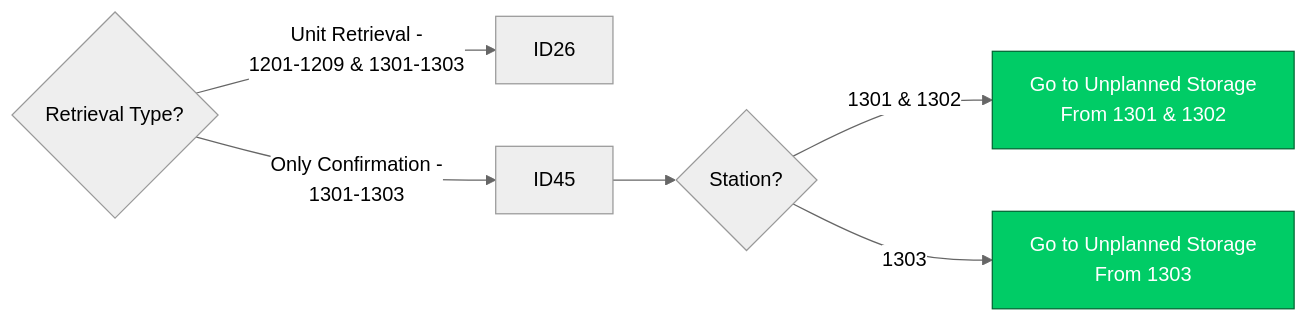
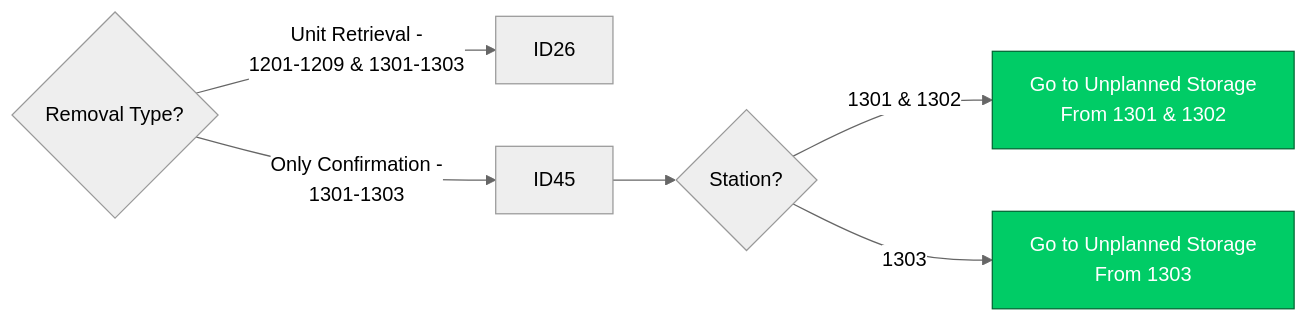
The fourth of 21 diagrams in Basic-Design/DFD-WMS/Retrieval/Specific-Location-Retrieval-Setting.md (luthfiadityaa/SimeDarby-Wiki), drawn with Mermaid (neutral theme) before and after one commit.

Commit message:
Updated Specific Location Retrieval Setting

```diff
--- a/Basic-Design/DFD-WMS/Retrieval/Specific-Location-Retrieval-Setting.md
+++ b/Basic-Design/DFD-WMS/Retrieval/Specific-Location-Retrieval-Setting.md
@@ -40,16 +40,16 @@
 ::: mermaid
 flowchart LR
 Cond2{Removal Type?}--> |Unit Retrieval - 
 1201-1209 & 1301-1303| P13[ID26]
-Cond2{Retrieval Type?}--> |Only Confirmation - 
+Cond2{Removal Type?}--> |Only Confirmation - 
 1301-1303| P14[ID45]-->Cond3{Station?}
 Cond3{Station?}-->|1301 & 1302| P15[Go to Unplanned Storage 
 From 1301 & 1302]
 Cond3{Station?}-->|1303| P16[Go to Unplanned Storage 
 From 1303] 
 
 click P15 "https://dev.azure.com/Daifuku-SW/ID_SimeDarbyPlantation/_wiki/wikis/ID_SimeDarbyPlantation.wiki/948/Unplanned-Storage-from-HP" "Go to HP"
 click P16 "https://dev.azure.com/Daifuku-SW/ID_SimeDarbyPlantation/_wiki/wikis/ID_SimeDarbyPlantation.wiki/880/Unplanned-Storage-from-OP-Area" "Go to OP"
 style P15 fill:#00cc66,stroke:#006633,color:#ffffff
 style P16 fill:#00cc66,stroke:#006633,color:#ffffff
 :::
```
